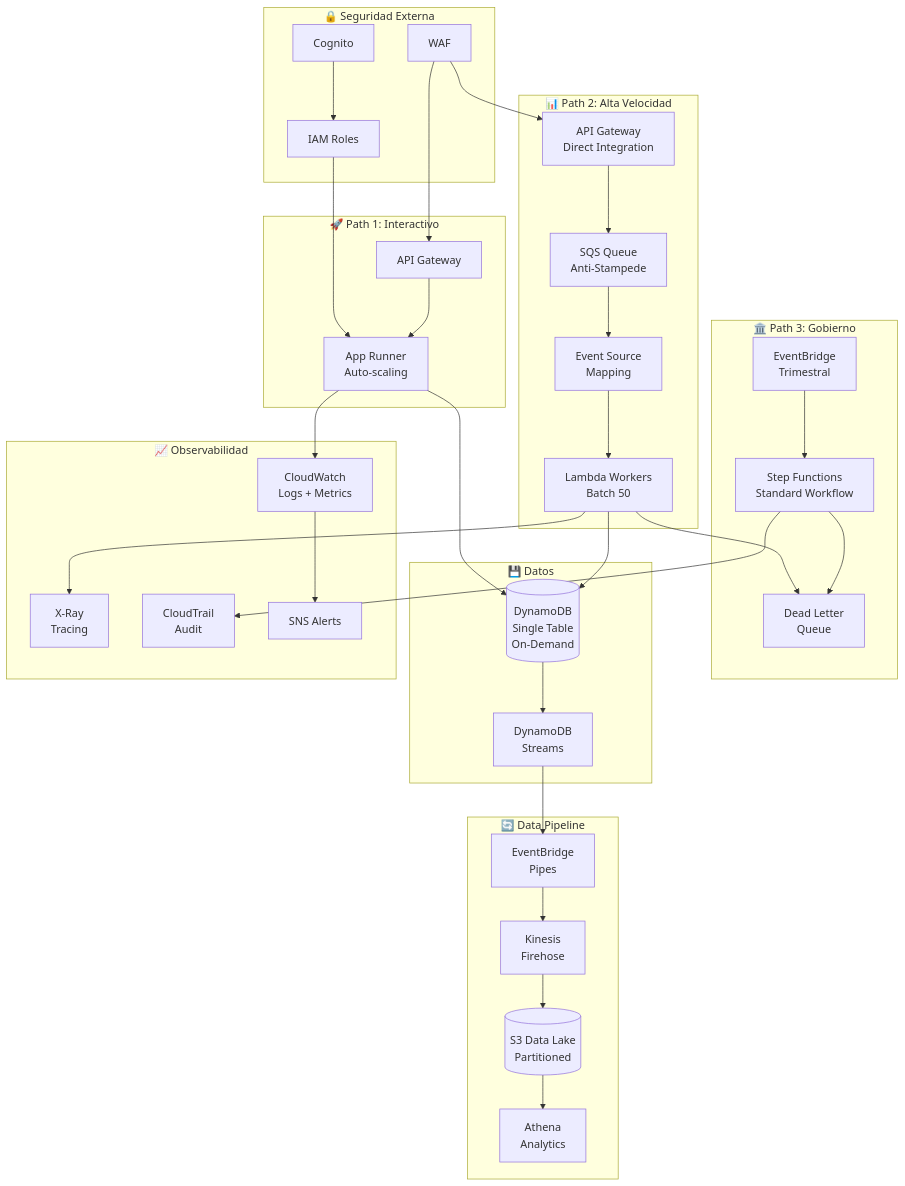
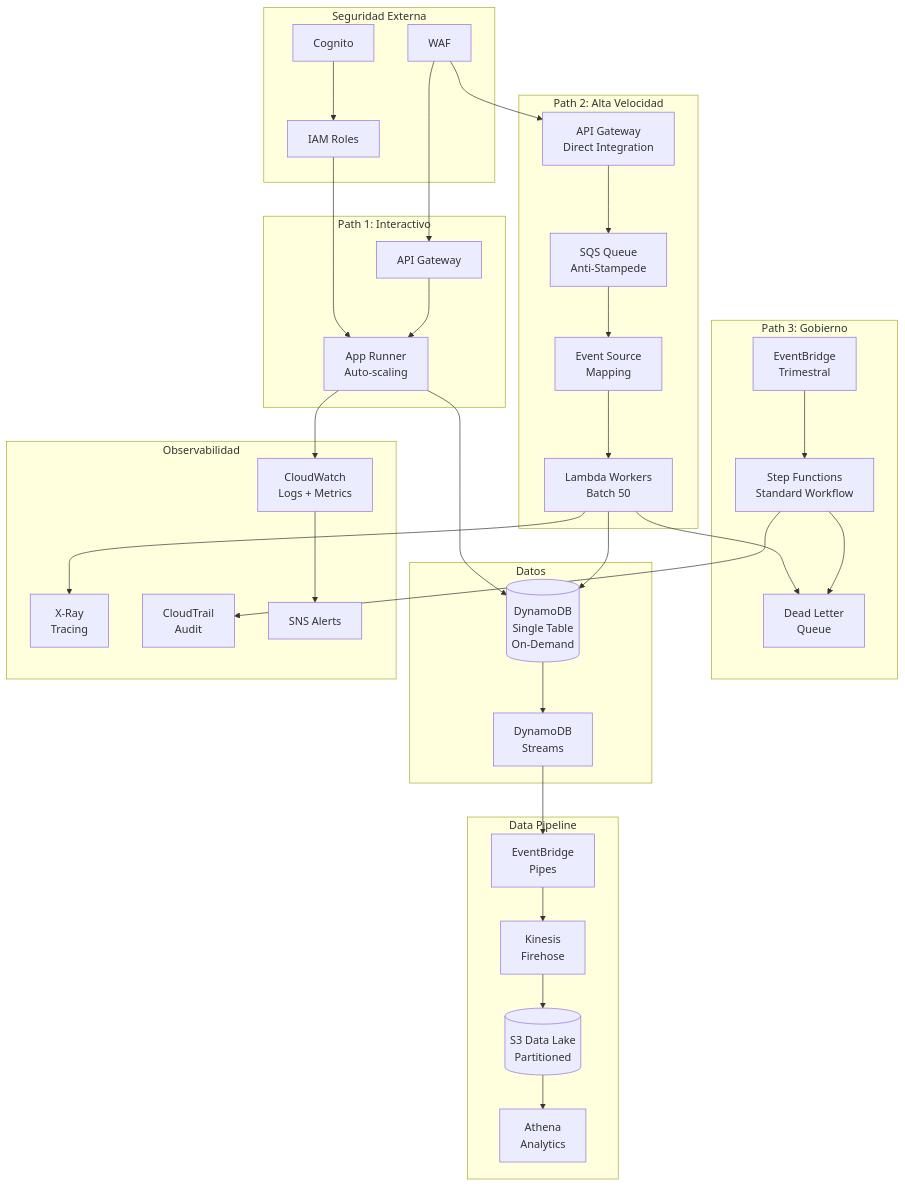
Before and after one commit to fabzter/luca-home-assessment: the first of 5 diagrams in README.md, drawn with Mermaid. The commit also changed other lines of this file, not shown here.

````diff
--- a/README.md
+++ b/README.md
@@ -30,75 +30,75 @@
 ```mermaid
 flowchart TB
-    subgraph Security["🔒 Seguridad Externa"]
+    subgraph Security["Seguridad Externa"]
         WAF[WAF]
         Cognito[Cognito]
         IAM[IAM Roles]
     end
     
-    subgraph Interactive["🚀 Path 1: Interactivo"]
+    subgraph Interactive["Path 1: Interactivo"]
         APIG1[API Gateway]
         AppRunner[App Runner<br/>Auto-scaling]
     end
     
-    subgraph HighVolume["📊 Path 2: Alta Velocidad"]
+    subgraph HighVolume["Path 2: Alta Velocidad"]
         APIG2[API Gateway<br/>Direct Integration]
         SQS[SQS Queue<br/>Anti-Stampede]
         ESM[Event Source<br/>Mapping]
         LambdaBatch[Lambda Workers<br/>Batch 50]
     end
     
-    subgraph Government["🏛️ Path 3: Gobierno"]
+    subgraph Government["Path 3: Gobierno"]
         EventBridge[EventBridge<br/>Trimestral]
         StepFunctions[Step Functions<br/>Standard Workflow]
         DLQ[Dead Letter<br/>Queue]
     end
     
-    subgraph Data["💾 Datos"]
+    subgraph Data["Datos"]
         DynamoDB[(DynamoDB<br/>Single Table<br/>On-Demand)]
         DDBStreams[DynamoDB<br/>Streams]
     end
     
-    subgraph Pipeline["🔄 Data Pipeline"]
+    subgraph Pipeline["Data Pipeline"]
         Pipes[EventBridge<br/>Pipes]
         Firehose[Kinesis<br/>Firehose]
         S3[(S3 Data Lake<br/>Partitioned)]
         Athena[Athena<br/>Analytics]
     end
     
-    subgraph Monitoring["📈 Observabilidad"]
+    subgraph Monitoring["Observabilidad"]
         CloudWatch[CloudWatch<br/>Logs + Metrics]
         XRay[X-Ray<br/>Tracing]
         CloudTrail[CloudTrail<br/>Audit]
         SNS[SNS Alerts]
     end
     
     %% Path 1: Interactive (Profesores)
     WAF --> APIG1
     Cognito --> IAM
     IAM --> AppRunner
     APIG1 --> AppRunner
     AppRunner --> DynamoDB
     
     %% Path 2: High Volume (Estudiantes)
     WAF --> APIG2
     APIG2 --> SQS
     SQS --> ESM
     ESM --> LambdaBatch
     LambdaBatch --> DynamoDB
     LambdaBatch --> DLQ
     
     %% Path 3: Government (Sistema)
     EventBridge --> StepFunctions
     StepFunctions --> DLQ
     
     DynamoDB --> DDBStreams
     DDBStreams --> Pipes
     Pipes --> Firehose
     Firehose --> S3
     S3 --> Athena
     
     AppRunner --> CloudWatch
     LambdaBatch --> XRay
     StepFunctions --> CloudTrail
     CloudWatch --> SNS
 ```
````
